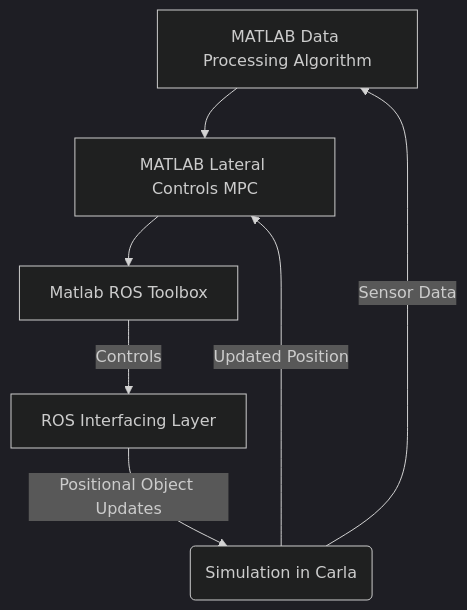
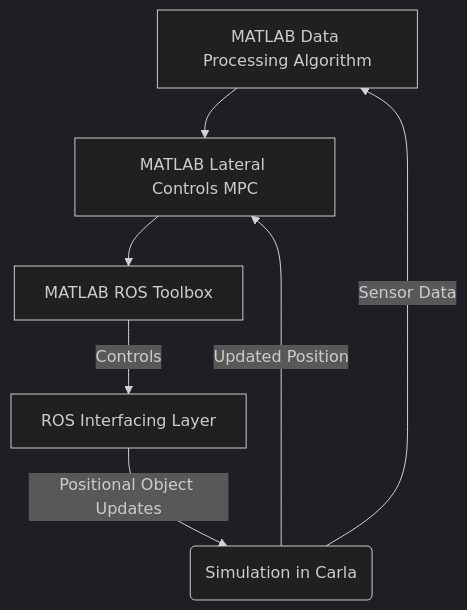
The diagram in README.md (SahujMehta/CS560ProjectLaneLineDetection), drawn with Mermaid (dark theme) before and after one commit. The commit also changed other lines of this file, not shown here.

````diff
--- a/README.md
+++ b/README.md
@@ -36,11 +36,11 @@
 ```mermaid
 graph
 A[MATLAB Data Processing Algorithm]
 A --> C[MATLAB Lateral Controls MPC]
-C --> D[Matlab ROS Toolbox]
+C --> D[MATLAB ROS Toolbox]
 D -- Controls-->B[ROS Interfacing Layer]
 
 E(Simulation in Carla)--Updated Position-->C
 E--Sensor Data-->A
 B--Positional Object Updates-->E
 ```
````
